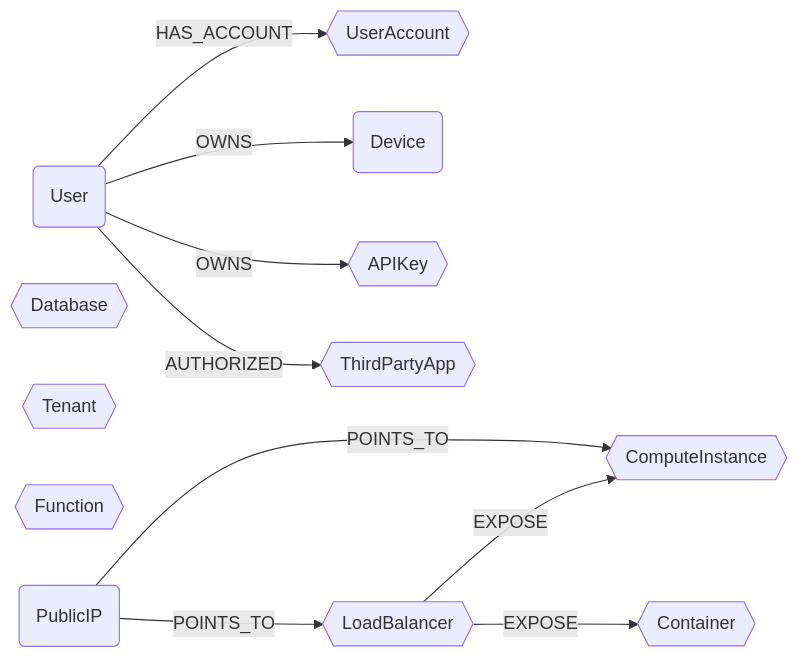
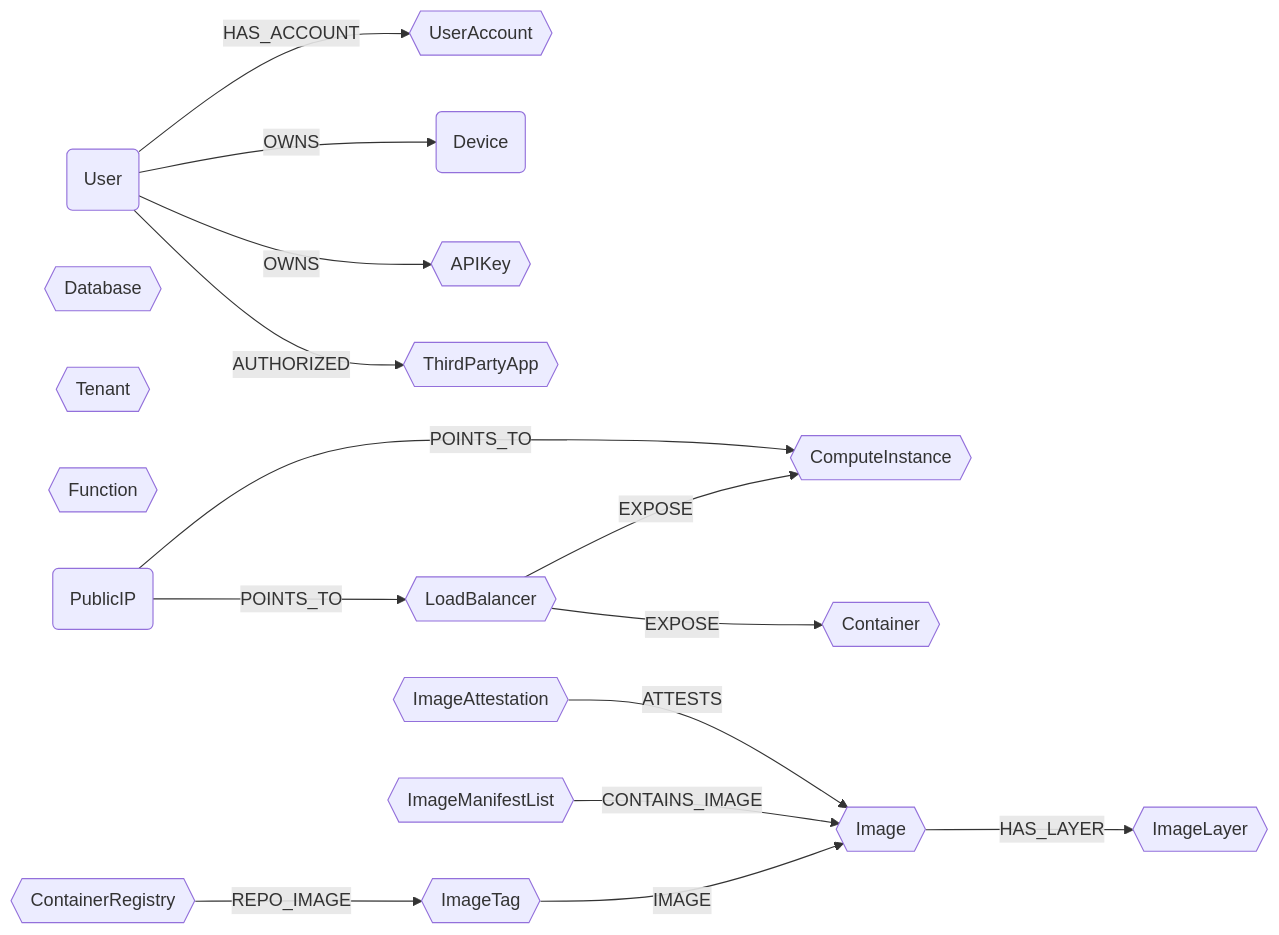
The diagram in docs/root/modules/ontology/schema.md (sec-js/cartography), drawn with Mermaid before and after one commit. The commit also changed other lines of this file and 3 other files, not shown here.

````diff
--- a/docs/root/modules/ontology/schema.md
+++ b/docs/root/modules/ontology/schema.md
@@ -6,15 +6,20 @@
 ```mermaid
 graph LR
 
 U(User) -- HAS_ACCOUNT --> UA{{UserAccount}}
 U -- OWNS --> CC(Device)
 U -- OWNS --> AK{{APIKey}}
 U -- AUTHORIZED --> OA{{ThirdPartyApp}}
 LB{{LoadBalancer}} -- EXPOSE --> CI{{ComputeInstance}}
 LB -- EXPOSE --> CT{{Container}}
 DB{{Database}}
 TN{{Tenant}}
 FN{{Function}}
 PIP(PublicIP) -- POINTS_TO --> LB
 PIP -- POINTS_TO --> CI
+CR{{ContainerRegistry}} -- REPO_IMAGE --> IT{{ImageTag}}
+IT -- IMAGE --> IM{{Image}}
+IML{{ImageManifestList}} -- CONTAINS_IMAGE --> IM
+IA{{ImageAttestation}} -- ATTESTS --> IM
+IM -- HAS_LAYER --> IL{{ImageLayer}}
 ```
````
